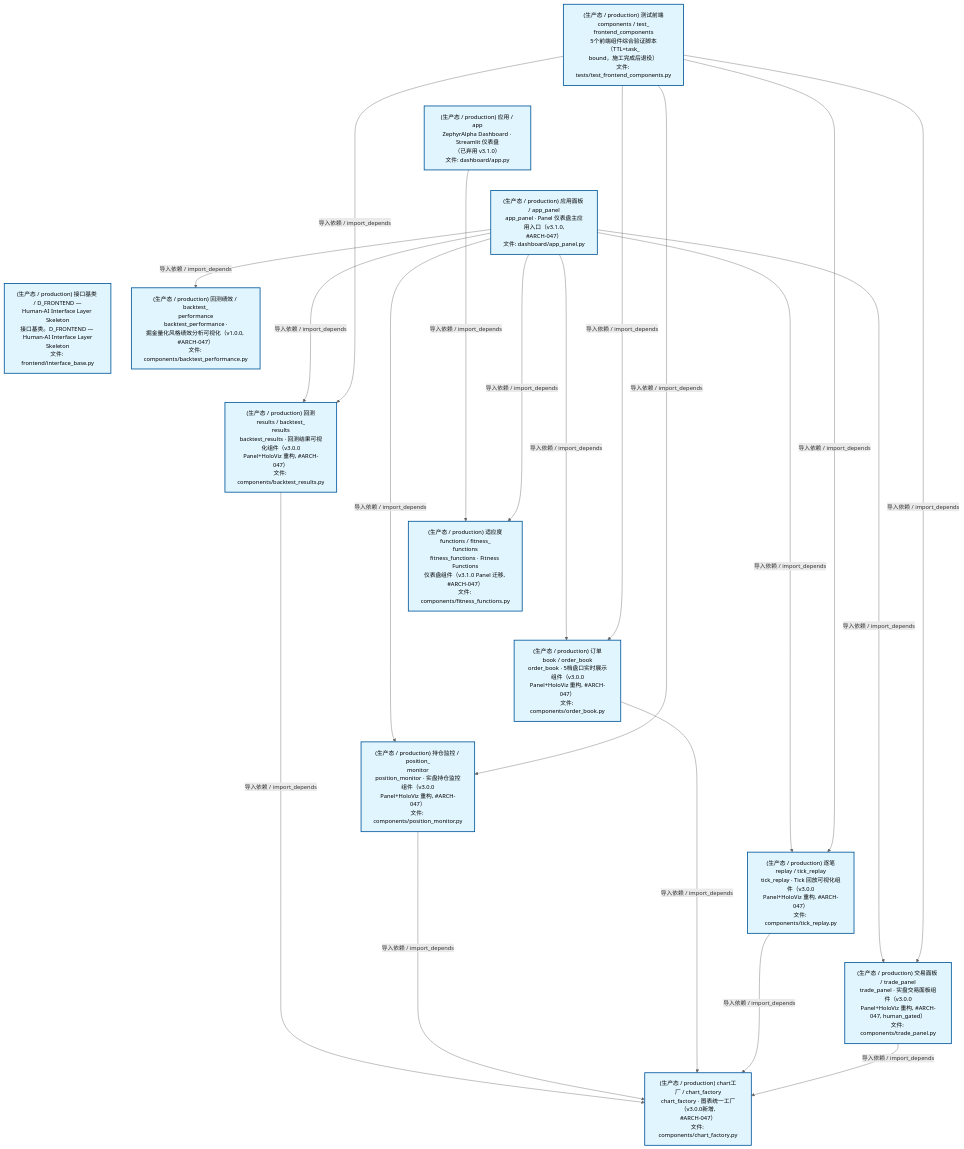
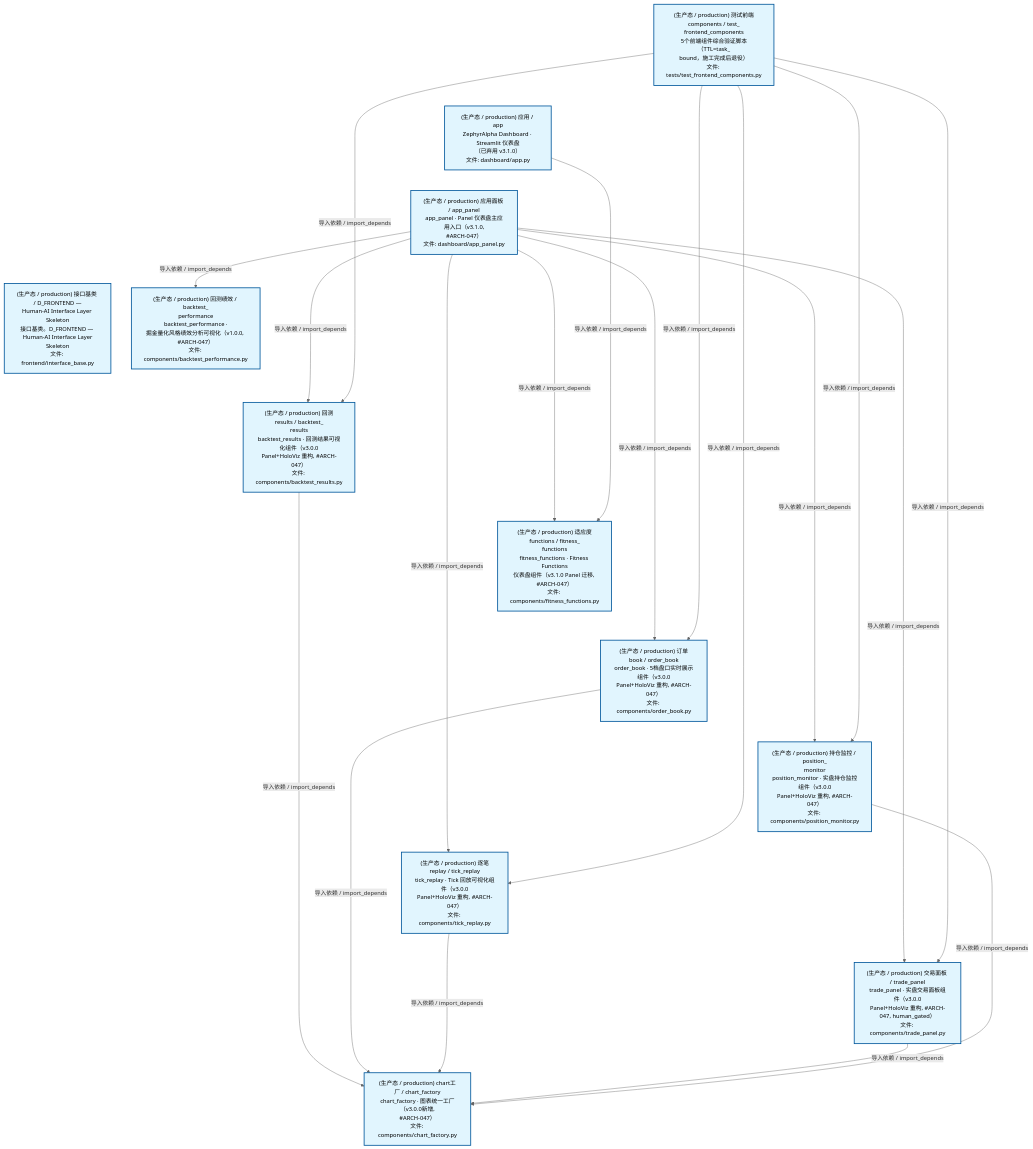
Before and after one commit to xuanFelixVan/ZephyrAlpha: the second of 4 diagrams in docs/02_enterprise_architecture/02_domain_architecture_docs/47_d_frontend.md, drawn with Mermaid. The commit also changed other lines of this file and 33 other files, not shown here.

````diff
--- a/docs/02_enterprise_architecture/02_domain_architecture_docs/47_d_frontend.md
+++ b/docs/02_enterprise_architecture/02_domain_architecture_docs/47_d_frontend.md
@@ -124,48 +124,48 @@
 ```mermaid
 %%{init: {'theme': 'base', 'themeVariables': {'primaryColor': '#eaeaea', 'primaryTextColor': '#333333', 'primaryBorderColor': '#666666', 'lineColor': '#666666', 'secondaryColor': '#eaeaea', 'tertiaryColor': '#eaeaea', 'fontSize': '14px'}}}%%
 flowchart TD
     scripts_tests_test_frontend_components_py["(生产态 / production) 测试前端components / test_<br/>frontend_components<br/>5个前端组件综合验证脚本（TTL=task_<br/>bound，施工完成后退役）<br/>文件: tests/test_frontend_components.py"]
     src_zephyr_frontend_dashboard_app_py["(生产态 / production) 应用 / app<br/>ZephyrAlpha Dashboard · Streamlit 仪表盘<br/>（已弃用 v3.1.0）<br/>文件: dashboard/app.py"]
     src_zephyr_frontend_dashboard_app_panel_py["(生产态 / production) 应用面板 / app_panel<br/>app_panel · Panel 仪表盘主应用入口（v3.1.0,<br/>#ARCH-047）<br/>文件: dashboard/app_panel.py"]
     src_zephyr_frontend_interface_base_py["(生产态 / production) 接口基类 / D_FRONTEND —<br/>Human-AI Interface Layer Skeleton<br/>接口基类。D_FRONTEND — Human-AI Interface Layer<br/>Skeleton<br/>文件: frontend/interface_base.py"]
     scripts_tests_test_frontend_components_py ~~~ src_zephyr_frontend_dashboard_app_py
     src_zephyr_frontend_dashboard_app_py ~~~ src_zephyr_frontend_dashboard_app_panel_py
     src_zephyr_frontend_dashboard_app_panel_py ~~~ src_zephyr_frontend_interface_base_py
     src_zephyr_frontend_dashboard_components_backtest_performance_py["(生产态 / production) 回测绩效 / backtest_<br/>performance<br/>backtest_performance ·<br/>掘金量化风格绩效分析可视化（v1.0.0, #ARCH-047）<br/>文件: components/backtest_performance.py"]
     src_zephyr_frontend_dashboard_components_backtest_results_py["(生产态 / production) 回测results / backtest_<br/>results<br/>backtest_results · 回测结果可视化组件（v3.0.0<br/>Panel+HoloViz 重构, #ARCH-047）<br/>文件: components/backtest_results.py"]
     src_zephyr_frontend_dashboard_components_fitness_functions_py["(生产态 / production) 适应度functions / fitness_<br/>functions<br/>fitness_functions · Fitness Functions<br/>仪表盘组件（v3.1.0 Panel 迁移, #ARCH-047）<br/>文件: components/fitness_functions.py"]
     src_zephyr_frontend_dashboard_components_order_book_py["(生产态 / production) 订单book / order_book<br/>order_book · 5档盘口实时展示组件（v3.0.0<br/>Panel+HoloViz 重构, #ARCH-047）<br/>文件: components/order_book.py"]
     src_zephyr_frontend_dashboard_components_position_monitor_py["(生产态 / production) 持仓监控 / position_<br/>monitor<br/>position_monitor · 实盘持仓监控组件（v3.0.0<br/>Panel+HoloViz 重构, #ARCH-047）<br/>文件: components/position_monitor.py"]
     src_zephyr_frontend_dashboard_components_tick_replay_py["(生产态 / production) 逐笔replay / tick_replay<br/>tick_replay · Tick 回放可视化组件（v3.0.0<br/>Panel+HoloViz 重构, #ARCH-047）<br/>文件: components/tick_replay.py"]
     src_zephyr_frontend_dashboard_components_trade_panel_py["(生产态 / production) 交易面板 / trade_panel<br/>trade_panel · 实盘交易面板组件（v3.0.0<br/>Panel+HoloViz 重构, #ARCH-047, human_gated）<br/>文件: components/trade_panel.py"]
     src_zephyr_frontend_dashboard_components_backtest_performance_py ~~~ src_zephyr_frontend_dashboard_components_backtest_results_py
     src_zephyr_frontend_dashboard_components_backtest_results_py ~~~ src_zephyr_frontend_dashboard_components_fitness_functions_py
     src_zephyr_frontend_dashboard_components_fitness_functions_py ~~~ src_zephyr_frontend_dashboard_components_order_book_py
     src_zephyr_frontend_dashboard_components_order_book_py ~~~ src_zephyr_frontend_dashboard_components_position_monitor_py
     src_zephyr_frontend_dashboard_components_position_monitor_py ~~~ src_zephyr_frontend_dashboard_components_tick_replay_py
     src_zephyr_frontend_dashboard_components_tick_replay_py ~~~ src_zephyr_frontend_dashboard_components_trade_panel_py
     src_zephyr_frontend_dashboard_components_chart_factory_py["(生产态 / production) chart工厂 / chart_factory<br/>chart_factory · 图表统一工厂（v3.0.0新增,<br/>#ARCH-047）<br/>文件: components/chart_factory.py"]
-    src_zephyr_frontend_dashboard_app_py -->|导入依赖 / import_depends| src_zephyr_frontend_dashboard_components_fitness_functions_py
-    src_zephyr_frontend_dashboard_components_backtest_results_py -->|导入依赖 / import_depends| src_zephyr_frontend_dashboard_components_chart_factory_py
+    src_zephyr_frontend_dashboard_app_panel_py -->|导入依赖 / import_depends| src_zephyr_frontend_dashboard_components_fitness_functions_py
+    src_zephyr_frontend_dashboard_app_panel_py -->|导入依赖 / import_depends| src_zephyr_frontend_dashboard_components_backtest_performance_py
     src_zephyr_frontend_dashboard_app_panel_py -->|导入依赖 / import_depends| src_zephyr_frontend_dashboard_components_backtest_results_py
-    src_zephyr_frontend_dashboard_app_panel_py -->|导入依赖 / import_depends| src_zephyr_frontend_dashboard_components_backtest_performance_py
-    src_zephyr_frontend_dashboard_app_panel_py -->|导入依赖 / import_depends| src_zephyr_frontend_dashboard_components_fitness_functions_py
-    src_zephyr_frontend_dashboard_app_panel_py -->|导入依赖 / import_depends| src_zephyr_frontend_dashboard_components_position_monitor_py
     src_zephyr_frontend_dashboard_app_panel_py -->|导入依赖 / import_depends| src_zephyr_frontend_dashboard_components_order_book_py
     src_zephyr_frontend_dashboard_app_panel_py -->|导入依赖 / import_depends| src_zephyr_frontend_dashboard_components_tick_replay_py
     src_zephyr_frontend_dashboard_app_panel_py -->|导入依赖 / import_depends| src_zephyr_frontend_dashboard_components_trade_panel_py
-    src_zephyr_frontend_dashboard_components_position_monitor_py -->|导入依赖 / import_depends| src_zephyr_frontend_dashboard_components_chart_factory_py
+    src_zephyr_frontend_dashboard_app_panel_py -->|导入依赖 / import_depends| src_zephyr_frontend_dashboard_components_position_monitor_py
+    src_zephyr_frontend_dashboard_app_py -->|导入依赖 / import_depends| src_zephyr_frontend_dashboard_components_fitness_functions_py
+    src_zephyr_frontend_dashboard_components_backtest_results_py -->|导入依赖 / import_depends| src_zephyr_frontend_dashboard_components_chart_factory_py
     src_zephyr_frontend_dashboard_components_order_book_py -->|导入依赖 / import_depends| src_zephyr_frontend_dashboard_components_chart_factory_py
     src_zephyr_frontend_dashboard_components_tick_replay_py -->|导入依赖 / import_depends| src_zephyr_frontend_dashboard_components_chart_factory_py
     src_zephyr_frontend_dashboard_components_trade_panel_py -->|导入依赖 / import_depends| src_zephyr_frontend_dashboard_components_chart_factory_py
+    src_zephyr_frontend_dashboard_components_position_monitor_py -->|导入依赖 / import_depends| src_zephyr_frontend_dashboard_components_chart_factory_py
     scripts_tests_test_frontend_components_py -->|导入依赖 / import_depends| src_zephyr_frontend_dashboard_components_backtest_results_py
-    scripts_tests_test_frontend_components_py -->|导入依赖 / import_depends| src_zephyr_frontend_dashboard_components_position_monitor_py
     scripts_tests_test_frontend_components_py -->|导入依赖 / import_depends| src_zephyr_frontend_dashboard_components_order_book_py
     scripts_tests_test_frontend_components_py -->|导入依赖 / import_depends| src_zephyr_frontend_dashboard_components_tick_replay_py
     scripts_tests_test_frontend_components_py -->|导入依赖 / import_depends| src_zephyr_frontend_dashboard_components_trade_panel_py
+    scripts_tests_test_frontend_components_py -->|导入依赖 / import_depends| src_zephyr_frontend_dashboard_components_position_monitor_py
     classDef production fill:#e1f5fe,stroke:#01579b,stroke-width:2px,color:#000
     classDef design fill:#fff3e0,stroke:#e65100,stroke-width:2px,color:#000,stroke-dasharray: 5 5
     classDef external_prod fill:#e8f4fd,stroke:#0277bd,stroke-width:1px,color:#000
     classDef external_design fill:#fff8e7,stroke:#ef6c00,stroke-width:1px,color:#000,stroke-dasharray: 5 5
     class scripts_tests_test_frontend_components_py,src_zephyr_frontend_dashboard_app_py,src_zephyr_frontend_dashboard_app_panel_py,src_zephyr_frontend_dashboard_components_backtest_performance_py,src_zephyr_frontend_dashboard_components_backtest_results_py,src_zephyr_frontend_dashboard_components_chart_factory_py,src_zephyr_frontend_dashboard_components_fitness_functions_py,src_zephyr_frontend_dashboard_components_order_book_py,src_zephyr_frontend_dashboard_components_position_monitor_py,src_zephyr_frontend_dashboard_components_tick_replay_py,src_zephyr_frontend_dashboard_components_trade_panel_py,src_zephyr_frontend_interface_base_py production
 ```
````
